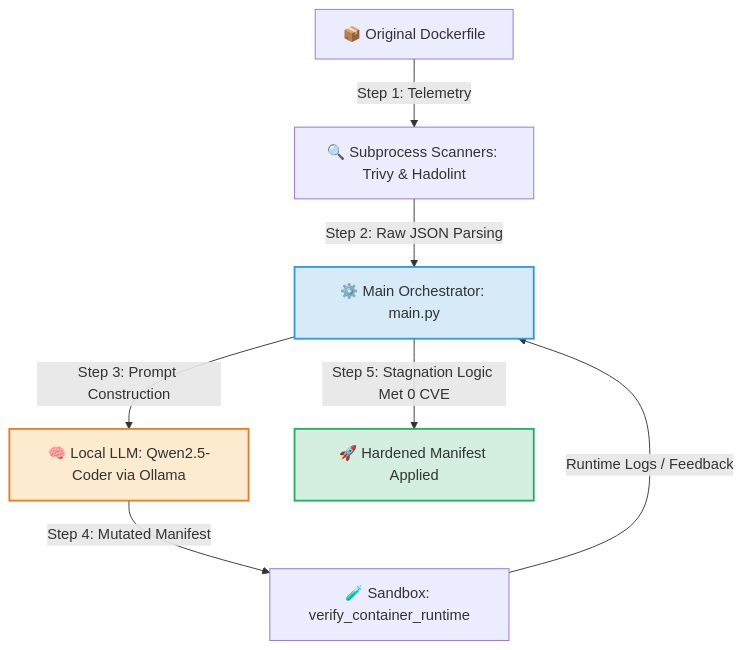
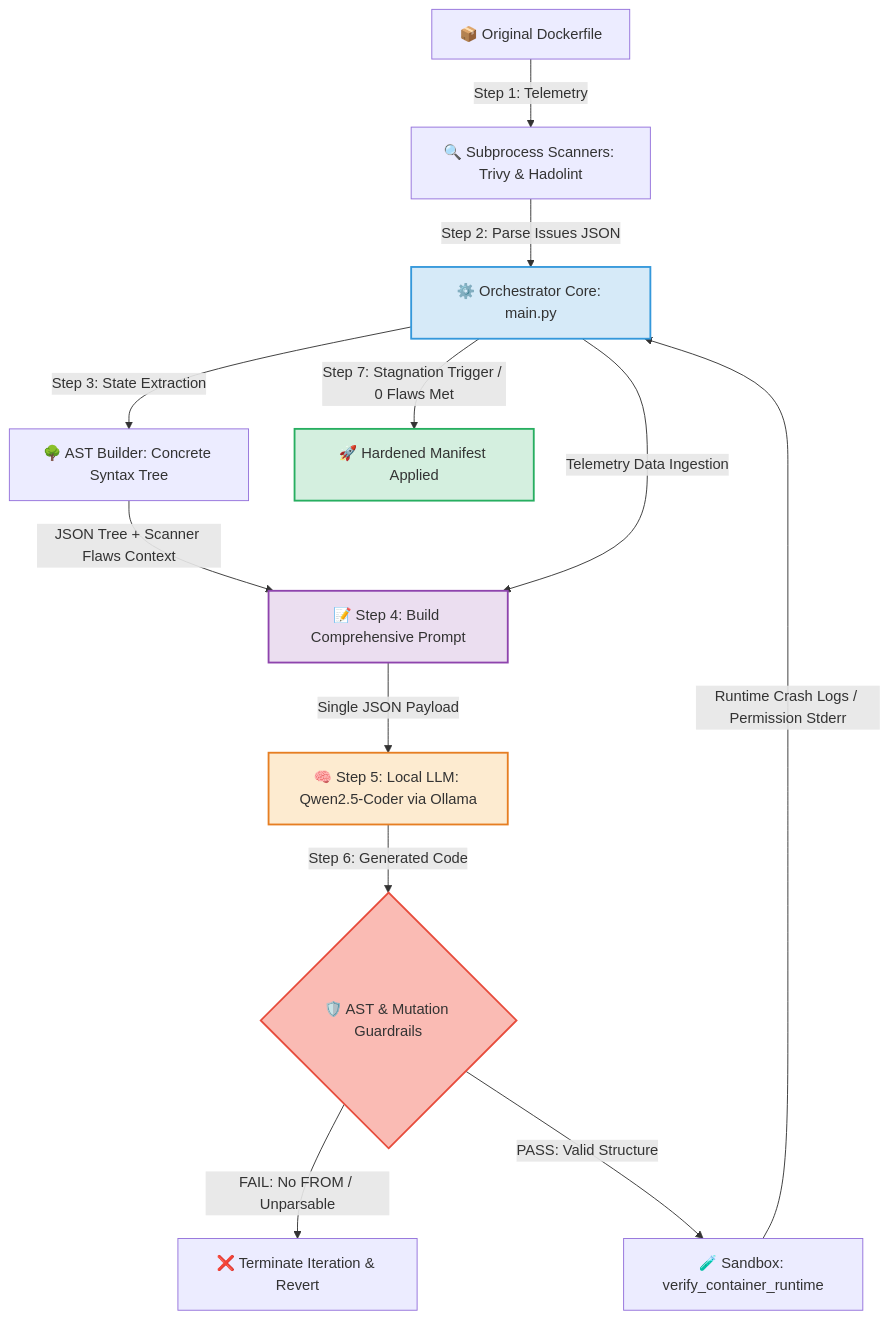
One commit to cbrkrtek/ai-devsecops-auto-remediation changed the diagram in README.md. Above: the diagram before and after it, drawn with Mermaid. The commit also changed other lines of this file, not shown here.

````diff
--- a/README.md
+++ b/README.md
@@ -99,13 +87,26 @@
 ```mermaid
 graph TD
     A[📦 Original Dockerfile] -->|Step 1: Telemetry| B[🔍 Subprocess Scanners: Trivy & Hadolint]
-    B -->|Step 2: Raw JSON Parsing| C[⚙️ Main Orchestrator: main.py]
-    C -->|Step 3: Prompt Construction| D[🧠 Local LLM: Qwen2.5-Coder via Ollama]
-    D -->|Step 4: Mutated Manifest| E[🧪 Sandbox: verify_container_runtime]
-    E -->|Runtime Logs / Feedback| C
-    C -->|Step 5: Stagnation Logic Met 0 CVE| F[🚀 Hardened Manifest Applied]
+    B -->|Step 2: Parse Issues JSON| C[⚙️ Orchestrator Core: main.py]
+    
+    C -->|Step 3: State Extraction| AST[🌳 AST Builder: Concrete Syntax Tree]
+    
+    AST -->|JSON Tree + Scanner Flaws Context| D[📝 Step 4: Build Comprehensive Prompt]
+    C -->|Telemetry Data Ingestion| D
+    
+    D -->|Single JSON Payload| LLM[🧠 Step 5: Local LLM: Qwen2.5-Coder via Ollama]
+    LLM -->|Step 6: Generated Code| Guard{🛡️ AST & Mutation Guardrails}
+    
+    Guard -->|FAIL: No FROM / Unparsable| FailBreak[❌ Terminate Iteration & Revert]
+    Guard -->|PASS: Valid Structure| Sandbox[🧪 Sandbox: verify_container_runtime]
+    
+    Sandbox -->|Runtime Crash Logs / Permission Stderr| C
+    
+    C -->|Step 7: Stagnation Trigger / 0 Flaws Met| F[🚀 Hardened Manifest Applied]
 
     style C fill:#d6eaf8,stroke:#3498db,stroke-width:2px
-    style D fill:#fdebd0,stroke:#e67e22,stroke-width:2px
+    style D fill:#ebdef0,stroke:#8e44ad,stroke-width:2px
+    style LLM fill:#fdebd0,stroke:#e67e22,stroke-width:2px
+    style Guard fill:#fabbb4,stroke:#e74c3c,stroke-width:2px
     style F fill:#d4efdf,stroke:#27ae60,stroke-width:2px
 ```
````
